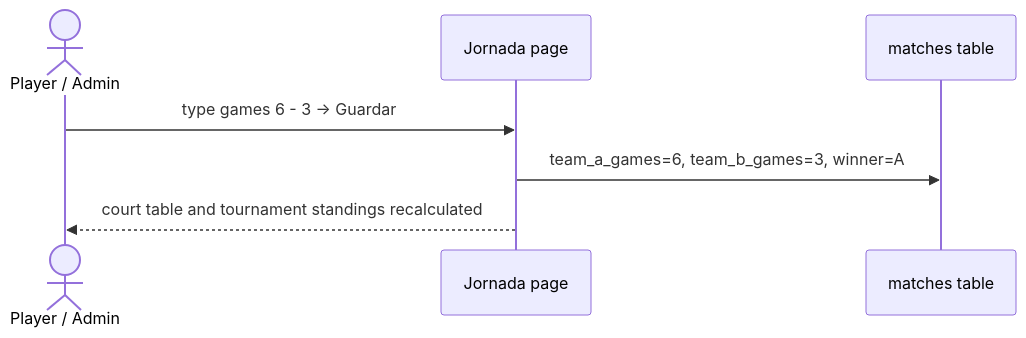
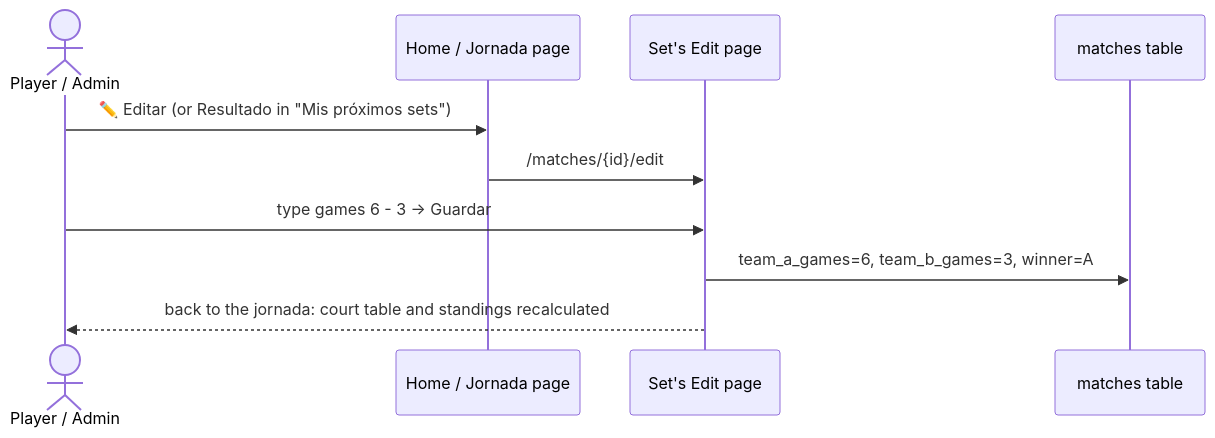
The second of 2 diagrams in docs/processes/SETS.md (Sorrycion/PadelScore), drawn with Mermaid before and after one commit. The commit also changed other lines of this file and 13 other files, not shown here.

First line of the commit message:
Home is the login, then your next sets and tournaments; results only via Edit

````diff
--- a/docs/processes/SETS.md
+++ b/docs/processes/SETS.md
@@ -40,9 +47,12 @@
 ```mermaid
 sequenceDiagram
     actor P as Player / Admin
-    participant J as Jornada page
+    participant H as Home / Jornada page
+    participant E as Set's Edit page
     participant DB as matches table
-    P->>J: type games 6 - 3 → Guardar
-    J->>DB: team_a_games=6, team_b_games=3, winner=A
-    J-->>P: court table and tournament standings recalculated
+    P->>H: ✏️ Editar (or Resultado in "Mis próximos sets")
+    H->>E: /matches/{id}/edit
+    P->>E: type games 6 - 3 → Guardar
+    E->>DB: team_a_games=6, team_b_games=3, winner=A
+    E-->>P: back to the jornada: court table and standings recalculated
 ```
````
